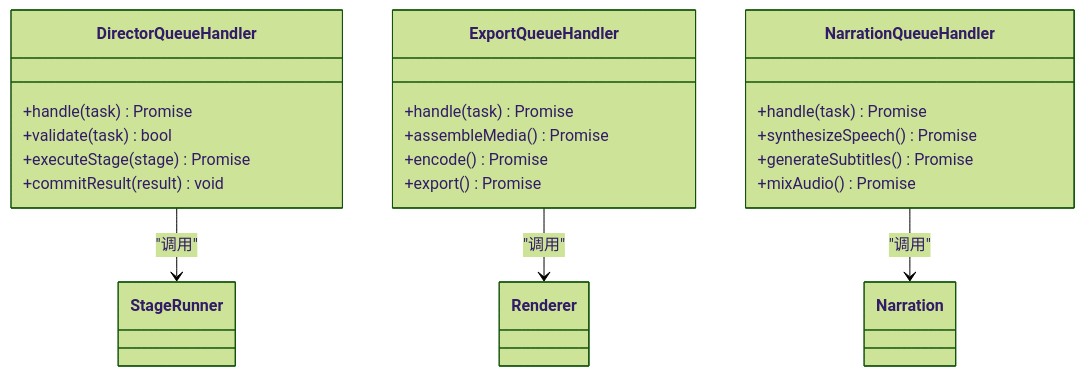
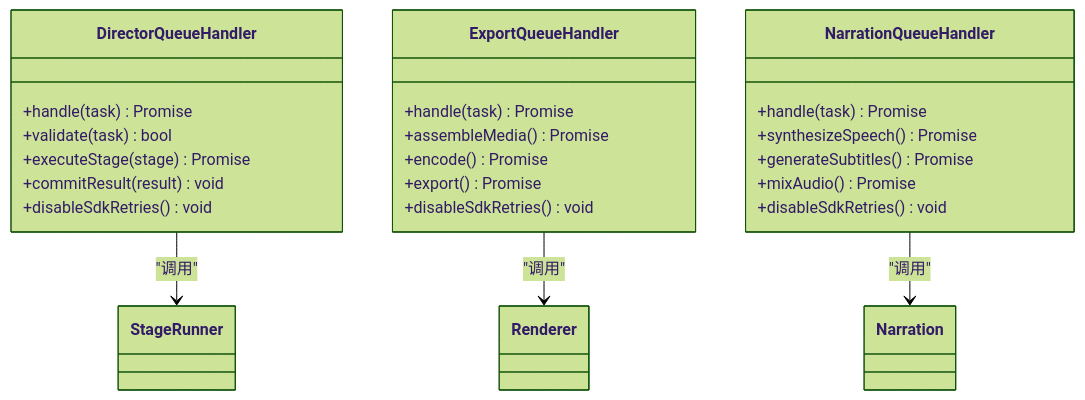
The fourth of 6 diagrams in .qoder/repowiki/zh/content/后端架构/任务处理/任务处理.md (scottcwy/PurpleInk), drawn with Mermaid (forest theme) before and after one commit. The commit also changed other lines of this file and 37 other files, not shown here.

````diff
--- a/.qoder/repowiki/zh/content/后端架构/任务处理/任务处理.md
+++ b/.qoder/repowiki/zh/content/后端架构/任务处理/任务处理.md
@@ -206,24 +232,27 @@
 ```mermaid
 classDiagram
 class DirectorQueueHandler {
 +handle(task) Promise
 +validate(task) bool
 +executeStage(stage) Promise
 +commitResult(result) void
++disableSdkRetries() void
 }
 class ExportQueueHandler {
 +handle(task) Promise
 +assembleMedia() Promise
 +encode() Promise
 +export() Promise
++disableSdkRetries() void
 }
 class NarrationQueueHandler {
 +handle(task) Promise
 +synthesizeSpeech() Promise
 +generateSubtitles() Promise
 +mixAudio() Promise
++disableSdkRetries() void
 }
 DirectorQueueHandler --> StageRunner : "调用"
 ExportQueueHandler --> Renderer : "调用"
 NarrationQueueHandler --> Narration : "调用"
 ```
````
